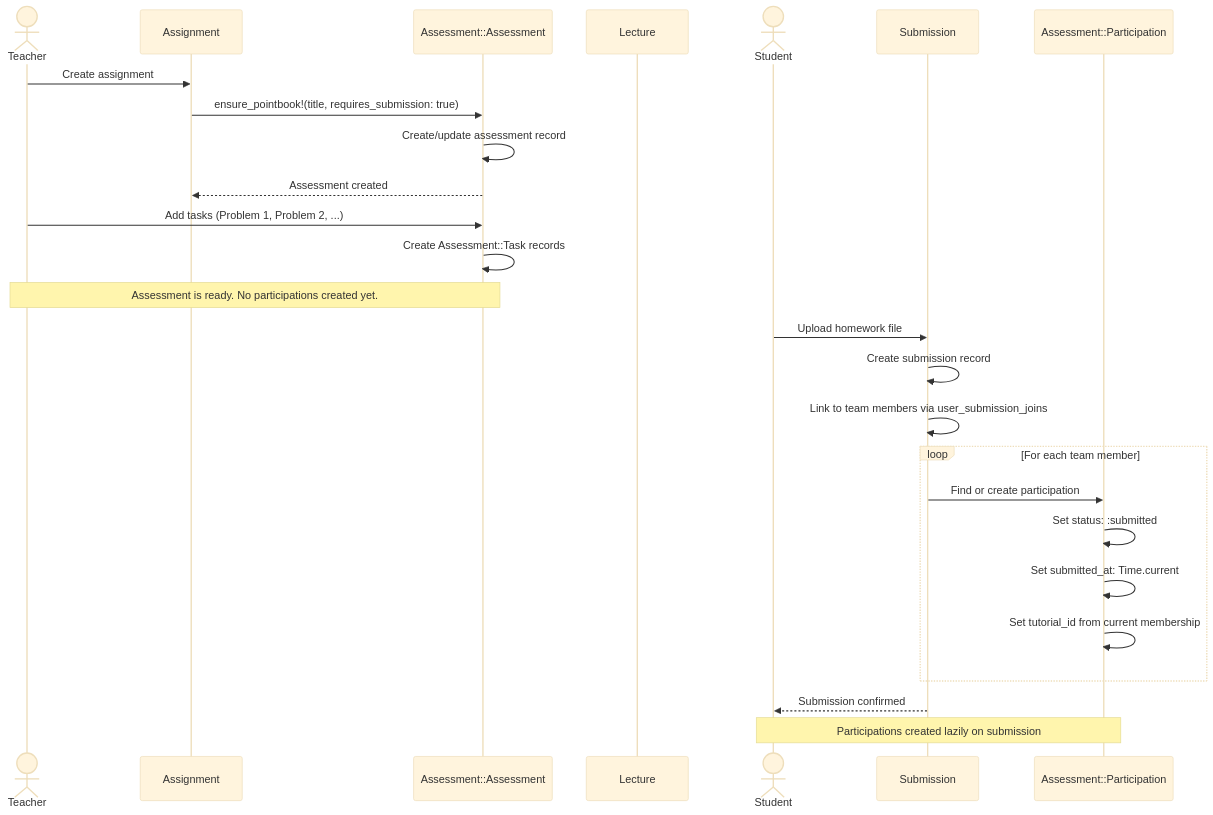
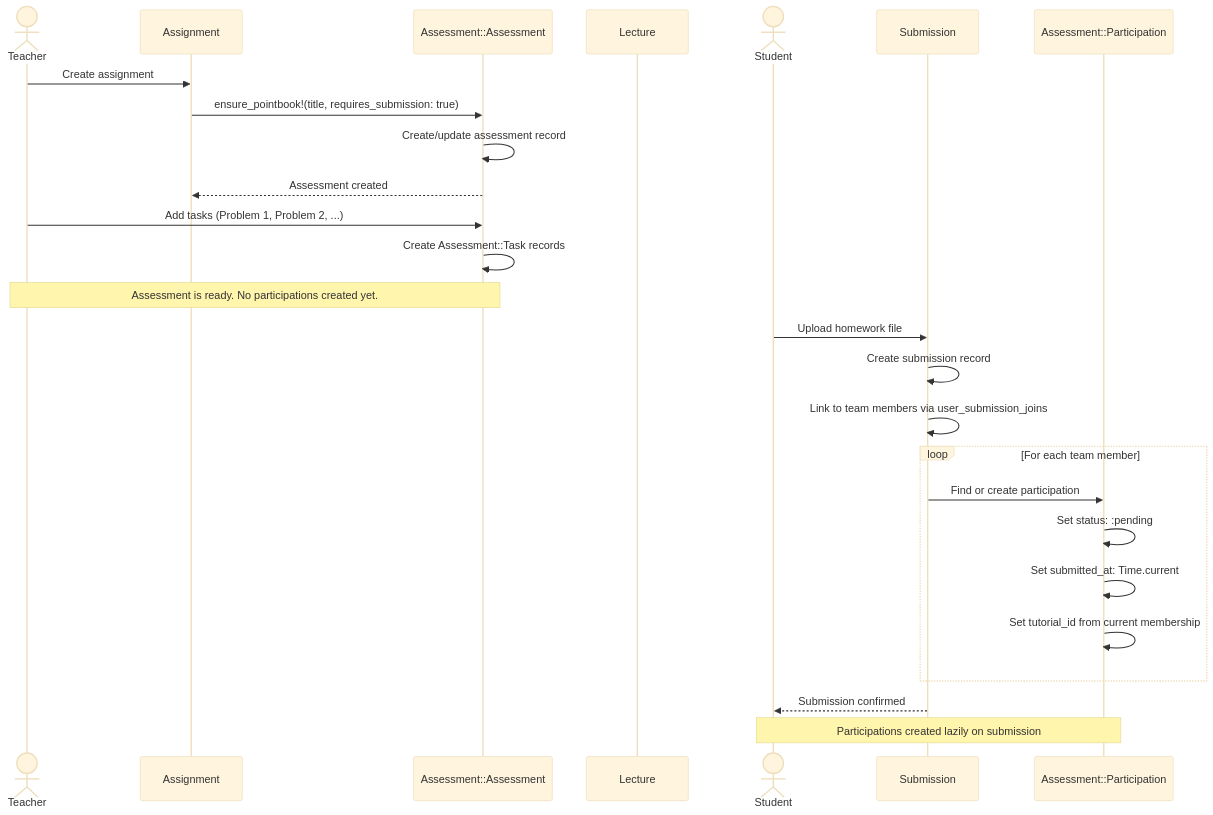
One commit to MaMpf-HD/mampf changed the sixth of 8 diagrams in architecture/src/features/04-assessments-and-grading.md. Above: the diagram before and after it, drawn with Mermaid (base theme). The commit also changed other lines of this file and 2 other files, not shown here.

````diff
--- a/architecture/src/features/04-assessments-and-grading.md
+++ b/architecture/src/features/04-assessments-and-grading.md
@@ -1603,35 +1816,35 @@
 ```mermaid
 sequenceDiagram
     actor Teacher
     participant A as Assignment
     participant Assess as Assessment::Assessment
     participant L as Lecture
     actor Student
     participant Sub as Submission
     participant Part as Assessment::Participation
 
     Teacher->>A: Create assignment
     A->>Assess: ensure_pointbook!(title, requires_submission: true)
     Assess->>Assess: Create/update assessment record
     Assess-->>A: Assessment created
 
     Teacher->>Assess: Add tasks (Problem 1, Problem 2, ...)
     Assess->>Assess: Create Assessment::Task records
 
     Note over Teacher,Assess: Assessment is ready. No participations created yet.
 
     Student->>Sub: Upload homework file
     Sub->>Sub: Create submission record
     Sub->>Sub: Link to team members via user_submission_joins
 
     loop For each team member
         Sub->>Part: Find or create participation
-        Part->>Part: Set status: :submitted
+        Part->>Part: Set status: :pending
         Part->>Part: Set submitted_at: Time.current
         Part->>Part: Set tutorial_id from current membership
     end
 
     Sub-->>Student: Submission confirmed
 
     Note over Student,Part: Participations created lazily on submission
 ```
````
